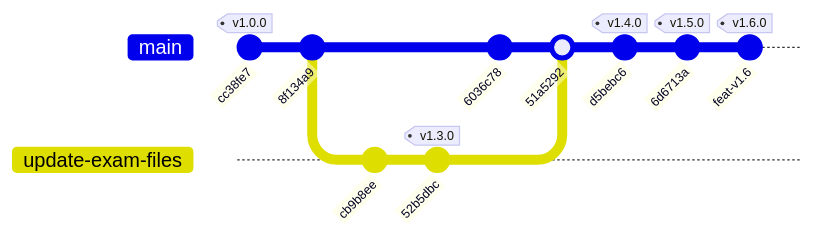
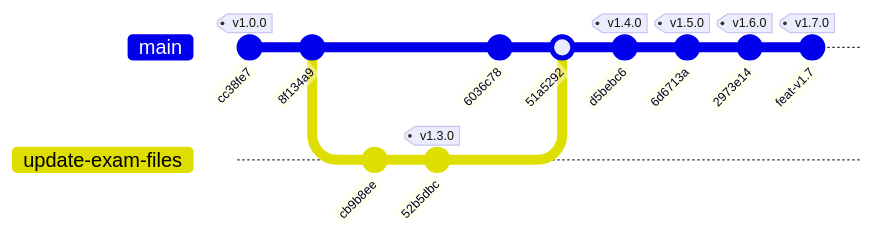
The diagram in README.md (renart00001-ux/exam-web), drawn with Mermaid before and after one commit. The commit also changed other lines of this file and 2 other files, not shown here.

````diff
--- a/README.md
+++ b/README.md
@@ -38,15 +40,16 @@
 ```mermaid
 gitGraph
     commit id: "cc38fe7" tag: "v1.0.0"
     commit id: "8f134a9"
     branch update-exam-files
     checkout update-exam-files
     commit id: "cb9b8ee"
     commit id: "52b5dbc" tag: "v1.3.0"
     checkout main
     commit id: "6036c78"
     merge update-exam-files id: "51a5292"
     commit id: "d5bebc6" tag: "v1.4.0"
     commit id: "6d6713a" tag: "v1.5.0"
-    commit id: "feat-v1.6" tag: "v1.6.0"
+    commit id: "2973e14" tag: "v1.6.0"
+    commit id: "feat-v1.7" tag: "v1.7.0"
 ```
````
